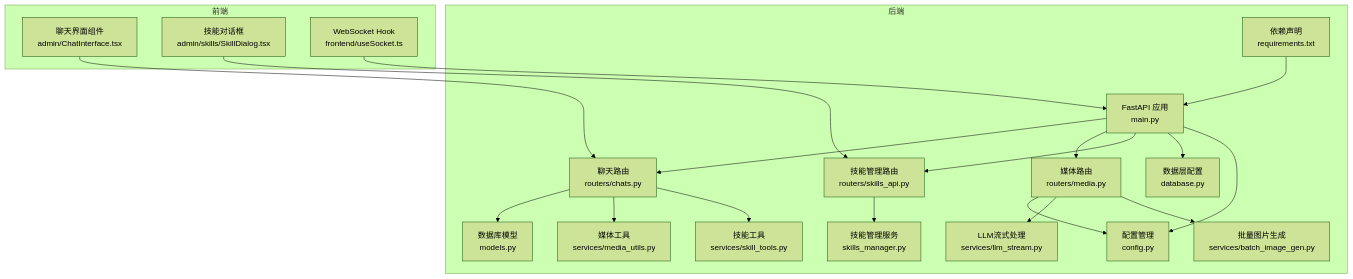
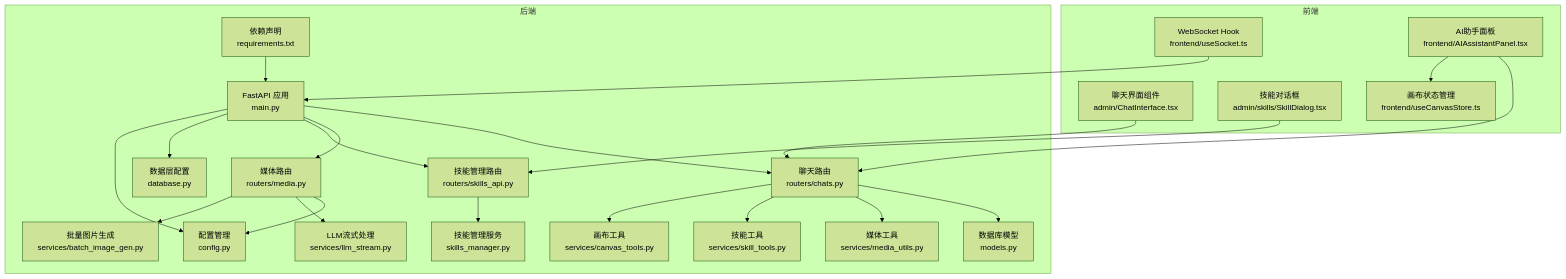
One commit to KunLabAI/KunFlix changed the first of 14 diagrams in .qoder/repowiki/zh/content/后端开发指南/API路由系统/聊天交互API.md. Above: the diagram before and after it, drawn with Mermaid (forest theme). The commit also changed other lines of this file and 15 other files, not shown here.

````diff
--- a/.qoder/repowiki/zh/content/后端开发指南/API路由系统/聊天交互API.md
+++ b/.qoder/repowiki/zh/content/后端开发指南/API路由系统/聊天交互API.md
@@ -63,39 +64,45 @@
 ```mermaid
 graph TB
 subgraph "后端"
 A["FastAPI 应用<br/>main.py"]
 B["聊天路由<br/>routers/chats.py"]
 C["媒体路由<br/>routers/media.py"]
 D["技能管理路由<br/>routers/skills_api.py"]
 E["数据库模型<br/>models.py"]
 F["数据层配置<br/>database.py"]
 G["配置管理<br/>config.py"]
 H["媒体工具<br/>services/media_utils.py"]
 I["LLM流式处理<br/>services/llm_stream.py"]
 J["批量图片生成<br/>services/batch_image_gen.py"]
 K["技能工具<br/>services/skill_tools.py"]
-L["技能管理服务<br/>skills_manager.py"]
-M["依赖声明<br/>requirements.txt"]
+L["画布工具<br/>services/canvas_tools.py"]
+M["技能管理服务<br/>skills_manager.py"]
+N["依赖声明<br/>requirements.txt"]
 end
 subgraph "前端"
-N["聊天界面组件<br/>admin/ChatInterface.tsx"]
-O["技能对话框<br/>admin/skills/SkillDialog.tsx"]
-P["WebSocket Hook<br/>frontend/useSocket.ts"]
+O["聊天界面组件<br/>admin/ChatInterface.tsx"]
+P["技能对话框<br/>admin/skills/SkillDialog.tsx"]
+Q["WebSocket Hook<br/>frontend/useSocket.ts"]
+R["AI助手面板<br/>frontend/AIAssistantPanel.tsx"]
+S["画布状态管理<br/>frontend/useCanvasStore.ts"]
 end
 A --> B
 A --> C
 A --> D
 B --> E
 B --> H
 B --> K
+B --> L
 C --> G
 C --> I
 C --> J
-D --> L
+D --> M
 A --> F
 A --> G
-N --> B
-O --> D
-P --> A
-M --> A
+O --> B
+P --> D
+Q --> A
+R --> B
+R --> S
+N --> A
 ```
````
